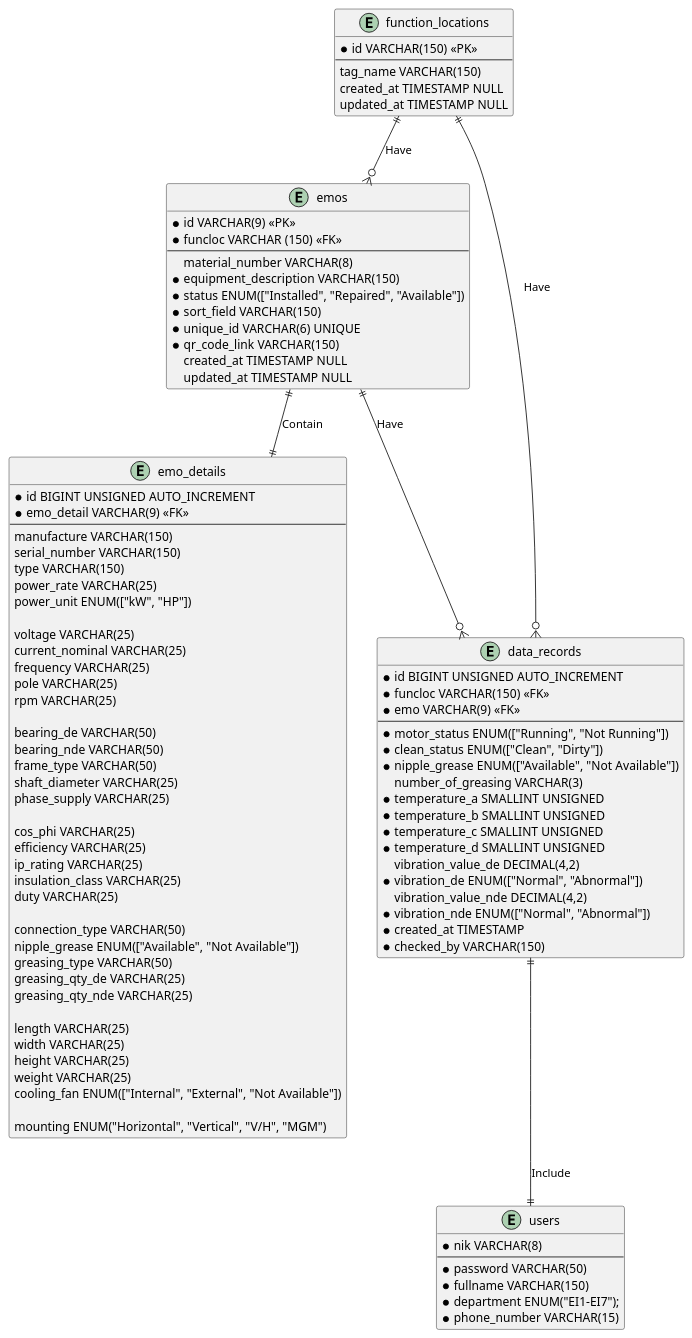
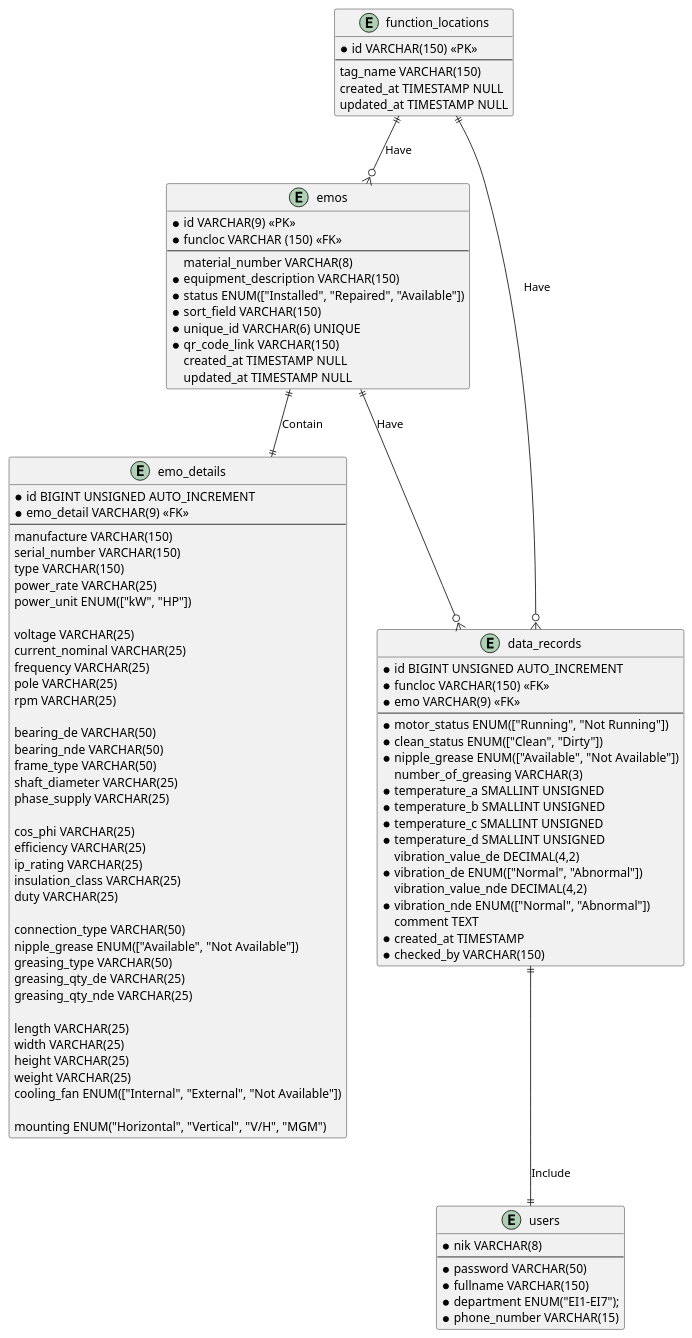
Before and after one commit to doniduaasattuu/fajar-e-maintenance: the diagram in database/fajar_e_maintenance.puml, drawn with PlantUML. The commit also changed 10 other files, not shown here.

```diff
--- a/database/fajar_e_maintenance.puml
+++ b/database/fajar_e_maintenance.puml
@@ -1,107 +1,108 @@
 @startuml fajar_e_maintenance
 
 entity function_locations
 {
     * id VARCHAR(150) <<PK>>
     --
       tag_name VARCHAR(150)
       created_at TIMESTAMP NULL
       updated_at TIMESTAMP NULL
 }
 
 entity emos
 {
     * id VARCHAR(9) <<PK>>
     * funcloc VARCHAR (150) <<FK>>
     --
       material_number VARCHAR(8)
     * equipment_description VARCHAR(150)
     * status ENUM(["Installed", "Repaired", "Available"])
     * sort_field VARCHAR(150)
     * unique_id VARCHAR(6) UNIQUE
     * qr_code_link VARCHAR(150) 
       created_at TIMESTAMP NULL
       updated_at TIMESTAMP NULL
 }
 
 entity emo_details {
     * id BIGINT UNSIGNED AUTO_INCREMENT
     * emo_detail VARCHAR(9) <<FK>>
     --
     manufacture VARCHAR(150)
     serial_number VARCHAR(150)
     type VARCHAR(150)
     power_rate VARCHAR(25)
     power_unit ENUM(["kW", "HP"])
 
     voltage VARCHAR(25)
     current_nominal VARCHAR(25)
     frequency VARCHAR(25)
     pole VARCHAR(25)
     rpm VARCHAR(25)
 
     bearing_de VARCHAR(50)
     bearing_nde VARCHAR(50)
     frame_type VARCHAR(50)
     shaft_diameter VARCHAR(25)
     phase_supply VARCHAR(25)
 
     cos_phi VARCHAR(25)
     efficiency VARCHAR(25)
     ip_rating VARCHAR(25)
     insulation_class VARCHAR(25)
     duty VARCHAR(25)
 
     connection_type VARCHAR(50)
     nipple_grease ENUM(["Available", "Not Available"])
     greasing_type VARCHAR(50)
     greasing_qty_de VARCHAR(25)
     greasing_qty_nde VARCHAR(25)
 
     length VARCHAR(25)
     width VARCHAR(25)
     height VARCHAR(25)
     weight VARCHAR(25)
     cooling_fan ENUM(["Internal", "External", "Not Available"])
 
     mounting ENUM("Horizontal", "Vertical", "V/H", "MGM")
 }
 
 entity data_records {
     * id BIGINT UNSIGNED AUTO_INCREMENT
     * funcloc VARCHAR(150) <<FK>>
     * emo VARCHAR(9) <<FK>>
     --
     * motor_status ENUM(["Running", "Not Running"])
     * clean_status ENUM(["Clean", "Dirty"])
     * nipple_grease ENUM(["Available", "Not Available"])
       number_of_greasing VARCHAR(3)
     * temperature_a SMALLINT UNSIGNED
     * temperature_b SMALLINT UNSIGNED
     * temperature_c SMALLINT UNSIGNED
     * temperature_d SMALLINT UNSIGNED
       vibration_value_de DECIMAL(4,2)
     * vibration_de ENUM(["Normal", "Abnormal"])
       vibration_value_nde DECIMAL(4,2)
     * vibration_nde ENUM(["Normal", "Abnormal"])
+      comment TEXT
     * created_at TIMESTAMP
     * checked_by VARCHAR(150)
 }
 
 entity users {
     * nik VARCHAR(8)
     --
     * password VARCHAR(50)
     * fullname VARCHAR(150)
     * department ENUM("EI1-EI7");
     * phone_number VARCHAR(15)
 }
  
 function_locations ||--o{ emos : Have
 function_locations ||--o{ data_records : Have
 emos ||--o{ data_records : Have
 emos ||--|| emo_details : Contain
 data_records ||--|| users : Include
 
 
 @enduml
```
